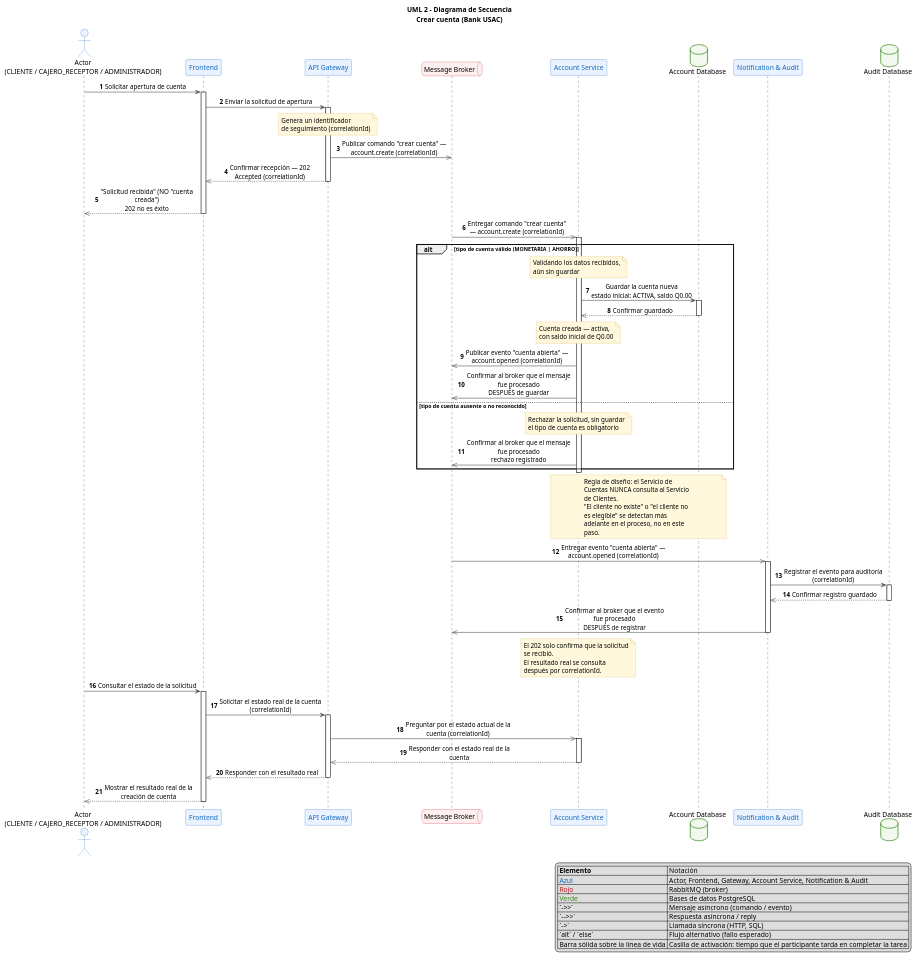
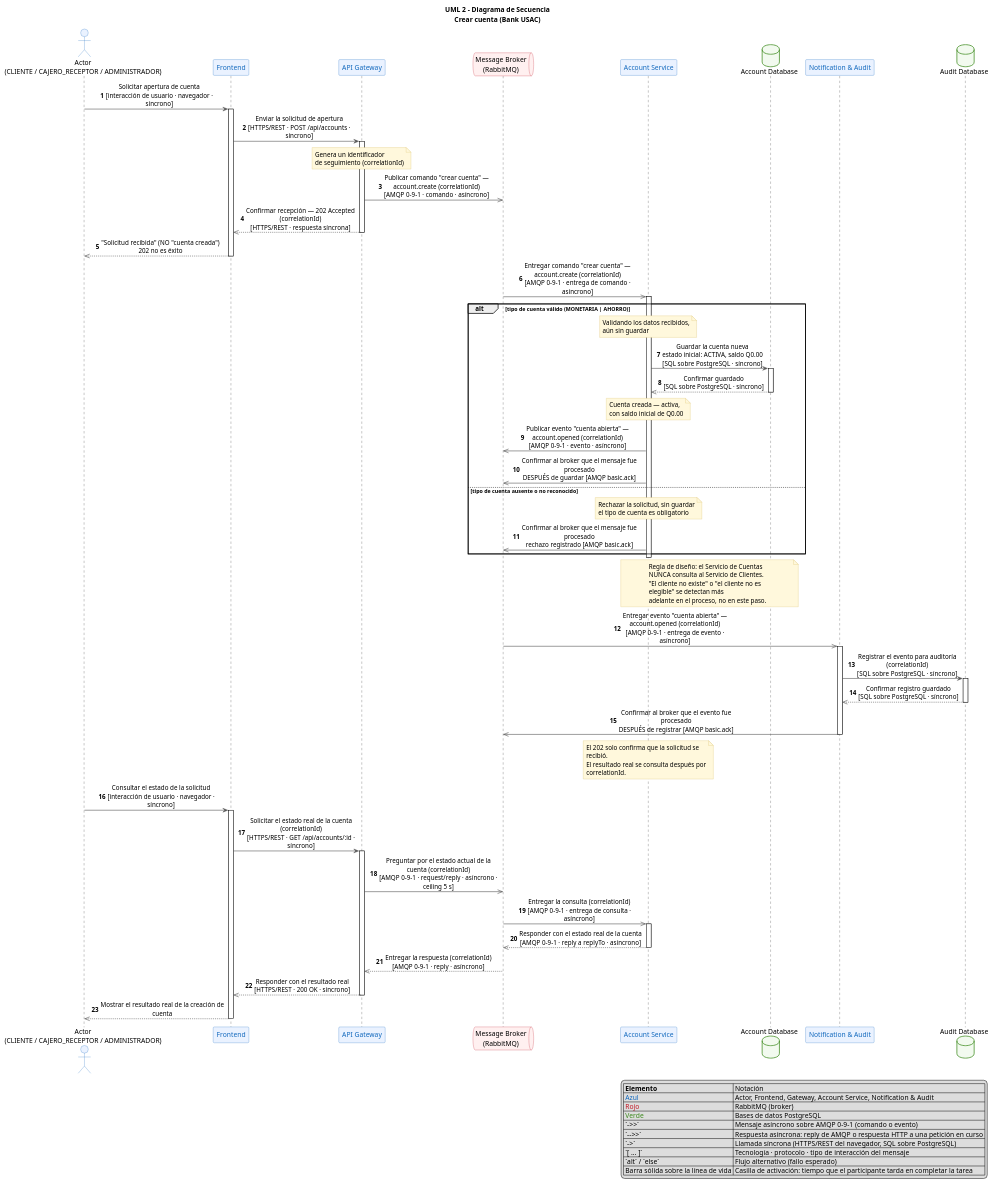
One commit to marcosbondel/Proyecto-SA-B-2 changed the diagram in docs/architecture/diagrams/06-uml-secuencia-crear-cuenta.puml. Above: the diagram before and after it, drawn with PlantUML. The commit also changed 14 other files, not shown here.

```diff
--- a/docs/architecture/diagrams/06-uml-secuencia-crear-cuenta.puml
+++ b/docs/architecture/diagrams/06-uml-secuencia-crear-cuenta.puml
@@ -1,131 +1,135 @@
 @startuml
 ' Bank USAC - UML 2 Sequence Diagram - Crear cuenta
 ' Caso de uso 2 (docs/domain/use-cases.md). Misma estructura y convenciones que el
 ' Mermaid equivalente (06-uml-secuencia-crear-cuenta.mmd); ambos deben coincidir.
 ' Las casillas de activacion (activate/deactivate) muestran cuanto tiempo mantiene
 ' cada participante una tarea en curso.
-' Los mensajes usan lenguaje de negocio (legible para stakeholders no tecnicos); no
-' se incluyen nombres de tecnologia, protocolo ni framework, solo la accion realizada.
+' Cada mensaje declara la accion de negocio y, entre corchetes, su tecnologia,
+' protocolo y tipo de interaccion (sincrona o asincrona; comando, evento o
+' request/reply), como exige el enunciado (§4.2, "Tipo de comunicacion").
 
 title UML 2 - Diagrama de Secuencia\nCrear cuenta (Bank USAC)
 
 skinparam shadowing false
 skinparam defaultFontName "Segoe UI"
 skinparam ArrowColor #555555
 skinparam ArrowThickness 1.2
 skinparam sequenceMessageAlign center
-skinparam maxMessageSize 220
-skinparam wrapWidth 220
+skinparam maxMessageSize 260
+skinparam wrapWidth 260
 skinparam noteBackgroundColor #FFF8DC
 skinparam noteBorderColor #D6B656
 skinparam ParticipantBorderColor #1168BD
 skinparam ParticipantBackgroundColor #EAF2FF
 skinparam ParticipantFontColor #1168BD
 skinparam ActorBorderColor #1168BD
 skinparam ActorBackgroundColor #EAF2FF
 skinparam QueueBorderColor #C11926
 skinparam QueueBackgroundColor #FFF0F0
 skinparam DatabaseBorderColor #398819
 skinparam DatabaseBackgroundColor #F2FAEF
 skinparam LifeLineBorderColor #1168BD
 skinparam ActivationBorderColor #1168BD
 skinparam ActivationBackgroundColor #C6DBF7
 
 legend right
     |= Elemento | Notación |
     | <color:#1168BD>Azul</color> | Actor, Frontend, Gateway, Account Service, Notification & Audit |
     | <color:#C11926>Rojo</color> | RabbitMQ (broker) |
     | <color:#398819>Verde</color> | Bases de datos PostgreSQL |
-    | `->>` | Mensaje asíncrono (comando / evento) |
-    | `-->>` | Respuesta asíncrona / reply |
-    | `->` | Llamada síncrona (HTTP, SQL) |
+    | `->>` | Mensaje asíncrono sobre AMQP 0-9-1 (comando o evento) |
+    | `-->>` | Respuesta asíncrona: reply de AMQP o respuesta HTTP a una petición en curso |
+    | `->` | Llamada síncrona (HTTPS/REST del navegador, SQL sobre PostgreSQL) |
+    | `[ … ]` | Tecnología · protocolo · tipo de interacción del mensaje |
     | `alt` / `else` | Flujo alternativo (fallo esperado) |
     | Barra sólida sobre la línea de vida | Casilla de activación: tiempo que el participante tarda en completar la tarea |
 endlegend
 
 actor "Actor\n(CLIENTE / CAJERO_RECEPTOR / ADMINISTRADOR)" as Actor
 participant "Frontend" as Frontend
 participant "API Gateway" as Gateway
-queue "Message Broker" as Broker
+queue "Message Broker\n(RabbitMQ)" as Broker
 participant "Account Service" as Account
 database "Account Database" as AccountDB
 participant "Notification & Audit" as Notif
 database "Audit Database" as AuditDB
 
 autonumber
 
-Actor -> Frontend : Solicitar apertura de cuenta
+Actor -> Frontend : Solicitar apertura de cuenta\n[interacción de usuario · navegador · síncrono]
 activate Frontend
-Frontend -> Gateway : Enviar la solicitud de apertura
+Frontend -> Gateway : Enviar la solicitud de apertura\n[HTTPS/REST · POST /api/accounts · síncrono]
 activate Gateway
 note over Gateway
   Genera un identificador
   de seguimiento (correlationId)
 end note
 
-Gateway ->> Broker : Publicar comando "crear cuenta" — account.create (correlationId)
-Gateway -->> Frontend : Confirmar recepción — 202 Accepted (correlationId)
+Gateway ->> Broker : Publicar comando "crear cuenta" — account.create (correlationId)\n[AMQP 0-9-1 · comando · asíncrono]
+Gateway -->> Frontend : Confirmar recepción — 202 Accepted (correlationId)\n[HTTPS/REST · respuesta síncrona]
 deactivate Gateway
 Frontend -->> Actor : "Solicitud recibida" (NO "cuenta creada")\n202 no es éxito
 deactivate Frontend
 
-Broker ->> Account : Entregar comando "crear cuenta" — account.create (correlationId)
+Broker ->> Account : Entregar comando "crear cuenta" — account.create (correlationId)\n[AMQP 0-9-1 · entrega de comando · asíncrono]
 activate Account
 
 alt tipo de cuenta válido (MONETARIA | AHORRO)
     note over Account
       Validando los datos recibidos,
       aún sin guardar
     end note
-    Account -> AccountDB : Guardar la cuenta nueva\nestado inicial: ACTIVA, saldo Q0.00
+    Account -> AccountDB : Guardar la cuenta nueva\nestado inicial: ACTIVA, saldo Q0.00\n[SQL sobre PostgreSQL · síncrono]
     activate AccountDB
-    AccountDB -->> Account : Confirmar guardado
+    AccountDB -->> Account : Confirmar guardado\n[SQL sobre PostgreSQL · síncrono]
     deactivate AccountDB
     note over Account
       Cuenta creada — activa,
       con saldo inicial de Q0.00
     end note
-    Account ->> Broker : Publicar evento "cuenta abierta" — account.opened (correlationId)
-    Account ->> Broker : Confirmar al broker que el mensaje fue procesado\nDESPUÉS de guardar
+    Account ->> Broker : Publicar evento "cuenta abierta" — account.opened (correlationId)\n[AMQP 0-9-1 · evento · asíncrono]
+    Account ->> Broker : Confirmar al broker que el mensaje fue procesado\nDESPUÉS de guardar [AMQP basic.ack]
 else tipo de cuenta ausente o no reconocido
     note over Account
       Rechazar la solicitud, sin guardar
       el tipo de cuenta es obligatorio
     end note
-    Account ->> Broker : Confirmar al broker que el mensaje fue procesado\nrechazo registrado
+    Account ->> Broker : Confirmar al broker que el mensaje fue procesado\nrechazo registrado [AMQP basic.ack]
 end
 deactivate Account
 
 note over Account, AccountDB
   Regla de diseño: el Servicio de Cuentas NUNCA consulta al Servicio de Clientes.
   "El cliente no existe" o "el cliente no es elegible" se detectan más
   adelante en el proceso, no en este paso.
 end note
 
-Broker ->> Notif : Entregar evento "cuenta abierta" — account.opened (correlationId)
+Broker ->> Notif : Entregar evento "cuenta abierta" — account.opened (correlationId)\n[AMQP 0-9-1 · entrega de evento · asíncrono]
 activate Notif
-Notif -> AuditDB : Registrar el evento para auditoría (correlationId)
+Notif -> AuditDB : Registrar el evento para auditoría (correlationId)\n[SQL sobre PostgreSQL · síncrono]
 activate AuditDB
-AuditDB -->> Notif : Confirmar registro guardado
+AuditDB -->> Notif : Confirmar registro guardado\n[SQL sobre PostgreSQL · síncrono]
 deactivate AuditDB
-Notif ->> Broker : Confirmar al broker que el evento fue procesado\nDESPUÉS de registrar
+Notif ->> Broker : Confirmar al broker que el evento fue procesado\nDESPUÉS de registrar [AMQP basic.ack]
 deactivate Notif
 
 note over Account
   El 202 solo confirma que la solicitud se recibió.
   El resultado real se consulta después por correlationId.
 end note
 
-Actor -> Frontend : Consultar el estado de la solicitud
+Actor -> Frontend : Consultar el estado de la solicitud\n[interacción de usuario · navegador · síncrono]
 activate Frontend
-Frontend -> Gateway : Solicitar el estado real de la cuenta (correlationId)
+Frontend -> Gateway : Solicitar el estado real de la cuenta (correlationId)\n[HTTPS/REST · GET /api/accounts/:id · síncrono]
 activate Gateway
-Gateway ->> Account : Preguntar por el estado actual de la cuenta (correlationId)
+Gateway ->> Broker : Preguntar por el estado actual de la cuenta (correlationId)\n[AMQP 0-9-1 · request/reply · asíncrono · ceiling 5 s]
+Broker ->> Account : Entregar la consulta (correlationId)\n[AMQP 0-9-1 · entrega de consulta · asíncrono]
 activate Account
-Account -->> Gateway : Responder con el estado real de la cuenta
+Account -->> Broker : Responder con el estado real de la cuenta\n[AMQP 0-9-1 · reply a replyTo · asíncrono]
 deactivate Account
-Gateway -->> Frontend : Responder con el resultado real
+Broker -->> Gateway : Entregar la respuesta (correlationId)\n[AMQP 0-9-1 · reply · asíncrono]
+Gateway -->> Frontend : Responder con el resultado real\n[HTTPS/REST · 200 OK · síncrono]
 deactivate Gateway
 Frontend -->> Actor : Mostrar el resultado real de la creación de cuenta
 deactivate Frontend
 @enduml
```
